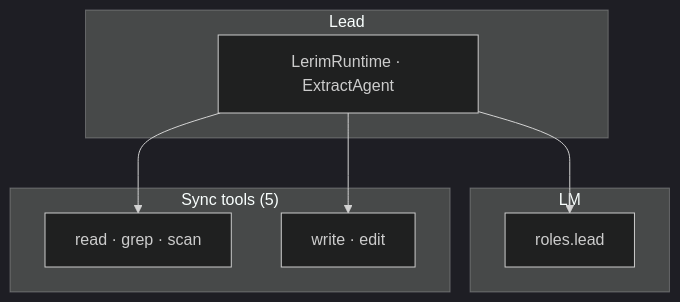
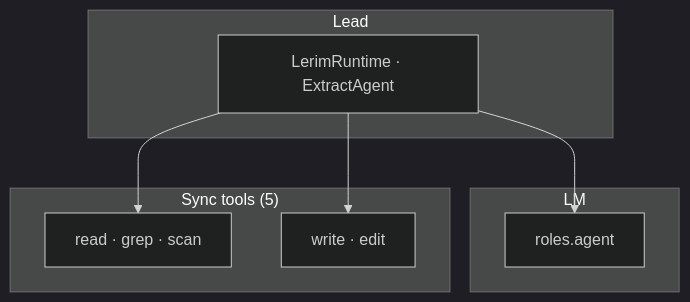
The second of 3 diagrams in docs/concepts/how-it-works.md (lerim-dev/lerim-cli), drawn with Mermaid (dark theme) before and after one commit. The commit also changed other lines of this file and 11 other files, not shown here.

First line of the commit message:
refactor: transition from lead to agent role in documentation and configuration

````diff
--- a/docs/concepts/how-it-works.md
+++ b/docs/concepts/how-it-works.md
@@ -62,16 +62,16 @@
 ```mermaid
 flowchart TB
     subgraph lead["Lead"]
         RT[LerimRuntime · ExtractAgent]
     end
     subgraph lm["LM"]
-        L[roles.lead]
+        L[roles.agent]
     end
     subgraph syncTools["Sync tools (5)"]
         t1["read · grep · scan"]
         wm["write · edit"]
     end
     RT --> L
     RT --> t1
     RT --> wm
 ```
````
